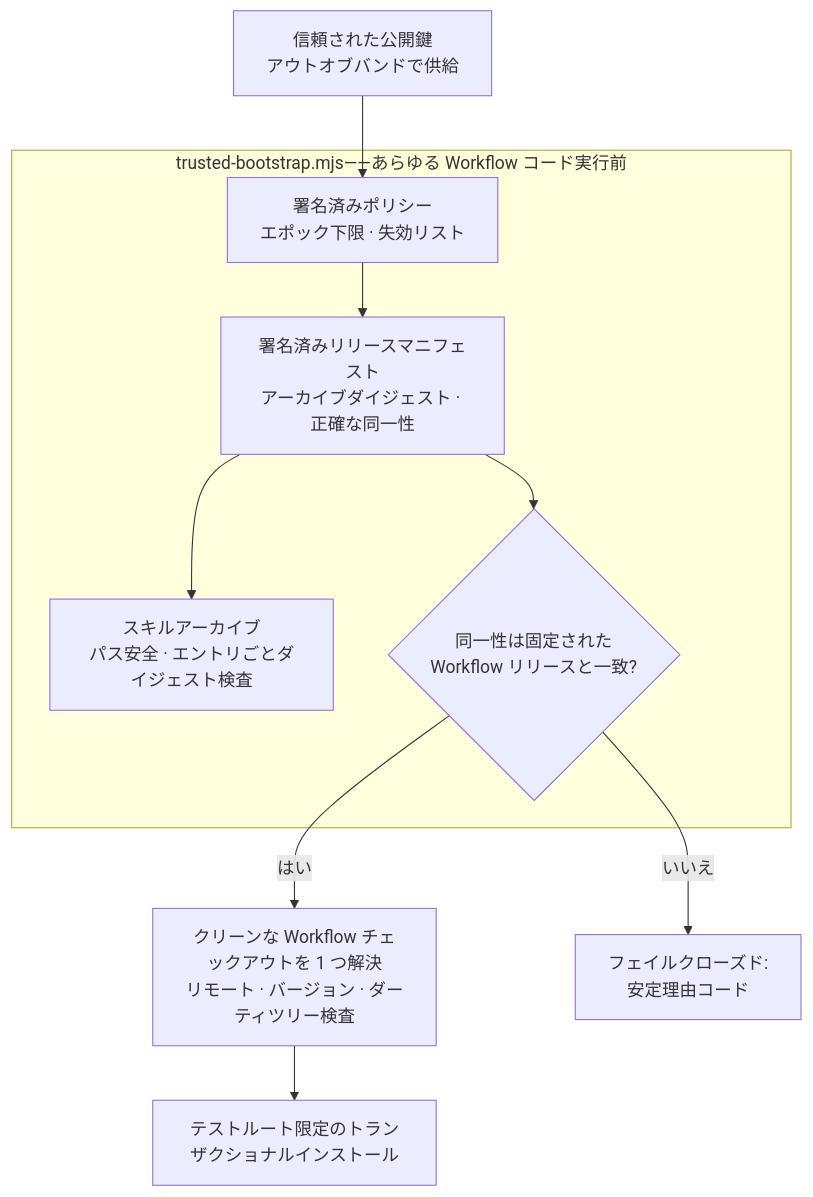
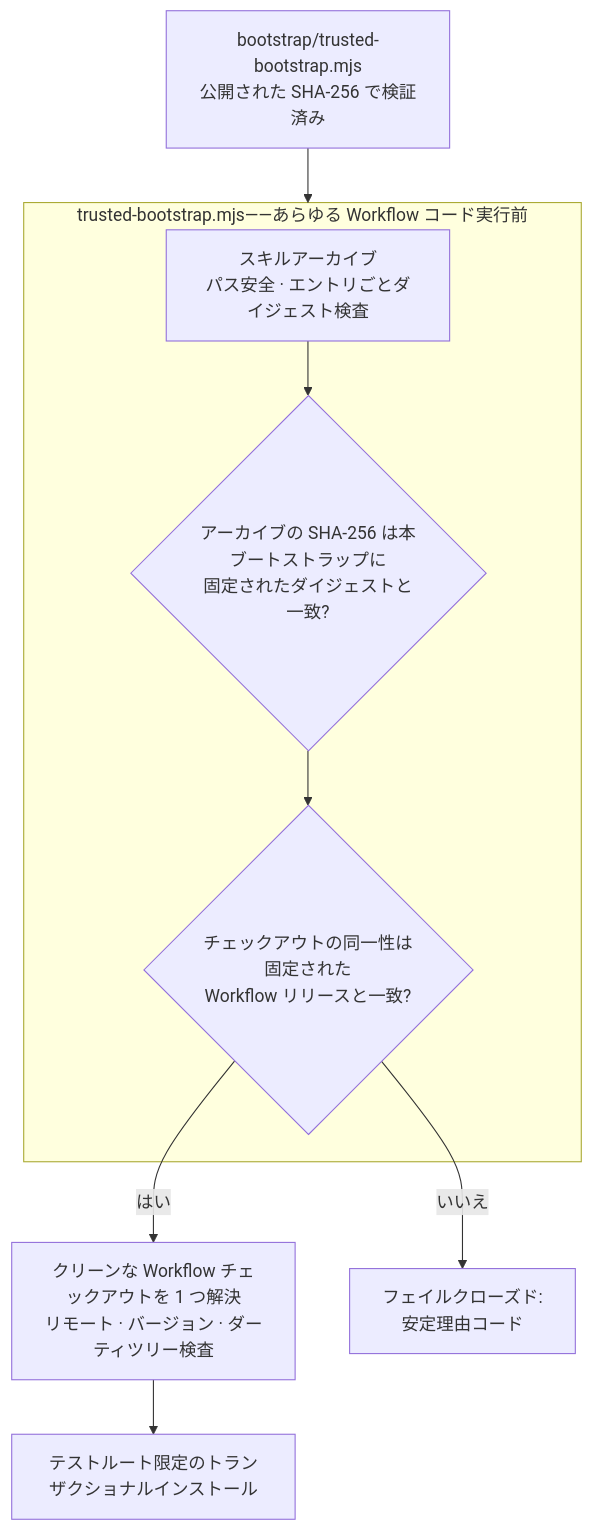
The diagram in README.ja.md (tpmoonchefryan/tcrn-workflow-helper), drawn with Mermaid before and after one commit. The commit also changed other lines of this file and 23 other files, not shown here.

````diff
--- a/README.ja.md
+++ b/README.ja.md
@@ -66,12 +72,11 @@
 ```mermaid
 flowchart TD
-    K[信頼された公開鍵<br/>アウトオブバンドで供給] --> P
+    K[bootstrap/trusted-bootstrap.mjs<br/>公開された SHA-256 で検証済み] --> Verify
     subgraph Verify["trusted-bootstrap.mjs——あらゆる Workflow コード実行前"]
-        P[署名済みポリシー<br/>エポック下限 · 失効リスト] --> M[署名済みリリースマニフェスト<br/>アーカイブダイジェスト · 正確な同一性]
-        M --> A[スキルアーカイブ<br/>パス安全 · エントリごとダイジェスト検査]
-        M --> ID{同一性は固定された<br/>Workflow リリースと一致?}
+        A[スキルアーカイブ<br/>パス安全 · エントリごとダイジェスト検査] --> D{アーカイブの SHA-256 は本ブートストラップに<br/>固定されたダイジェストと一致?}
+        D --> ID{チェックアウトの同一性は固定された<br/>Workflow リリースと一致?}
     end
     ID -->|はい| R[クリーンな Workflow チェックアウトを 1 つ解決<br/>リモート · バージョン · ダーティツリー検査]
     ID -->|いいえ| F[フェイルクローズド:<br/>安定理由コード]
     R --> T[テストルート限定のトランザクショナルインストール]
 ```
````
